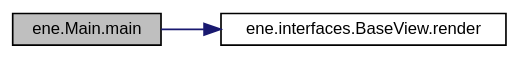
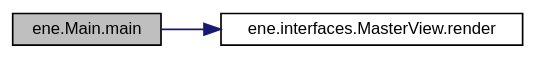
One commit to vivi90/ene changed the diagram in docs/classene_1_1Main_a6895a0ab05864203ddac84ae03ae479d_cgraph.dot. Above: the diagram before and after it, drawn with Graphviz. The commit also changed 205 other files, not shown here.

```diff
--- a/docs/classene_1_1Main_a6895a0ab05864203ddac84ae03ae479d_cgraph.dot
+++ b/docs/classene_1_1Main_a6895a0ab05864203ddac84ae03ae479d_cgraph.dot
@@ -1,10 +1,10 @@
 digraph "ene.Main.main"
 {
   bgcolor="transparent";
   edge [fontname="Helvetica",fontsize="10",labelfontname="Helvetica",labelfontsize="10"];
   node [fontname="Helvetica",fontsize="10",shape=record];
   rankdir="LR";
   Node0 [label="ene.Main.main",height=0.2,width=0.4,color="black", fillcolor="grey75", style="filled", fontcolor="black"];
   Node0 -> Node1 [color="midnightblue",fontsize="10",style="solid",fontname="Helvetica"];
-  Node1 [label="ene.interfaces.BaseView.render",height=0.2,width=0.4,color="black",URL="$interfaceene_1_1interfaces_1_1BaseView.html#a653907ccb00b2ebaae076d674256397d"];
+  Node1 [label="ene.interfaces.MasterView.render",height=0.2,width=0.4,color="black",URL="$interfaceene_1_1interfaces_1_1MasterView.html#af178709966fad43ba2fef4b03623b21c"];
 }
```
